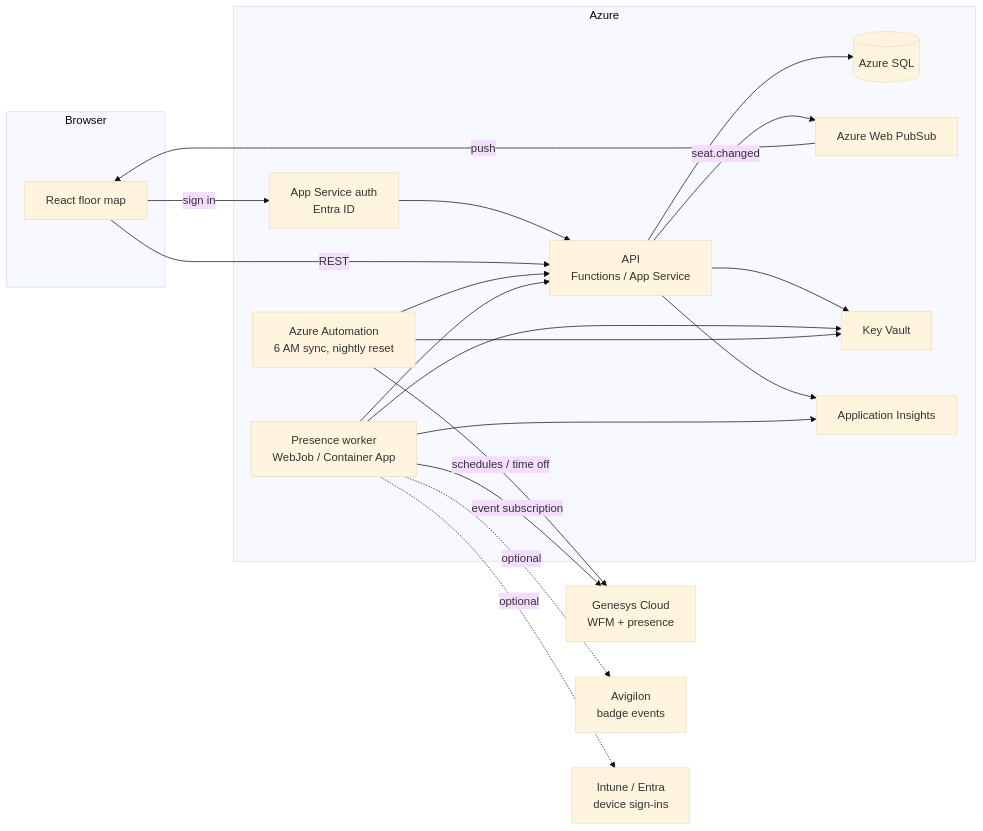
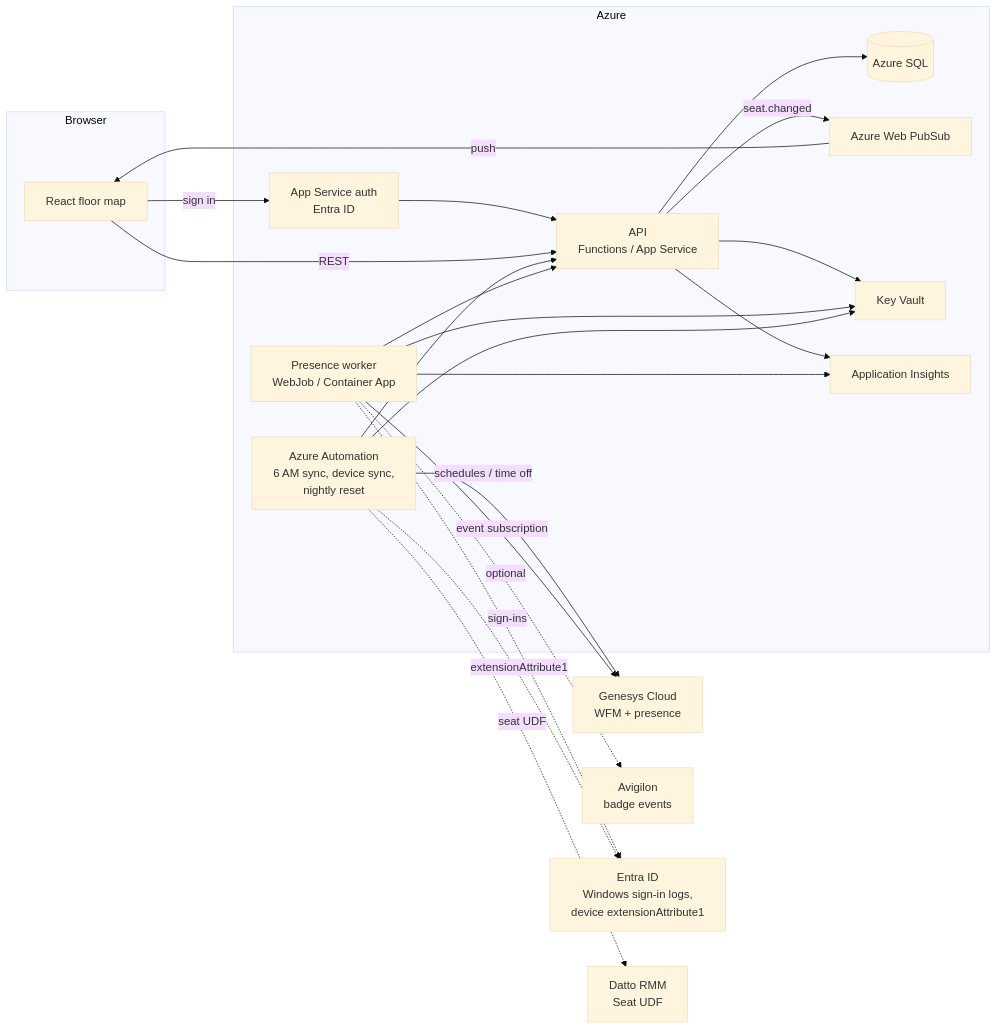
The diagram in docs/architecture.md (j3interactive/Hot-Seat), drawn with Mermaid (base theme) before and after one commit. The commit also changed other lines of this file and 4 other files, not shown here.

First line of the commit message:
Design desk sign-ins from Entra logs with seats in a Datto UDF

````diff
--- a/docs/architecture.md
+++ b/docs/architecture.md
@@ -5,35 +5,38 @@
 ```mermaid
 flowchart LR
   subgraph Browser
     UI[React floor map]
   end
   subgraph Azure
     AUTH[App Service auth<br/>Entra ID]
     API[API<br/>Functions / App Service]
     SQL[(Azure SQL)]
     WPS[Azure Web PubSub]
     WORKER[Presence worker<br/>WebJob / Container App]
-    AA[Azure Automation<br/>6 AM sync, nightly reset]
+    AA[Azure Automation<br/>6 AM sync, device sync,<br/>nightly reset]
     KV[Key Vault]
     AI[Application Insights]
   end
   GEN[Genesys Cloud<br/>WFM + presence]
   AVI[Avigilon<br/>badge events]
-  ENTRA[Intune / Entra<br/>device sign-ins]
+  ENTRA[Entra ID<br/>Windows sign-in logs,<br/>device extensionAttribute1]
+  DATTO[Datto RMM<br/>Seat UDF]
 
   UI -- sign in --> AUTH --> API
   UI -- REST --> API
   API --> SQL
   API -- seat.changed --> WPS -- push --> UI
   AA -- schedules / time off --> GEN
   AA --> API
   WORKER -- event subscription --> GEN
   WORKER --> API
   WORKER -. optional .-> AVI
-  WORKER -. optional .-> ENTRA
+  WORKER -. sign-ins .-> ENTRA
+  AA -. seat UDF .-> DATTO
+  AA -. extensionAttribute1 .-> ENTRA
   API --> KV
   WORKER --> KV
   AA --> KV
   API --> AI
   WORKER --> AI
 ```
````
